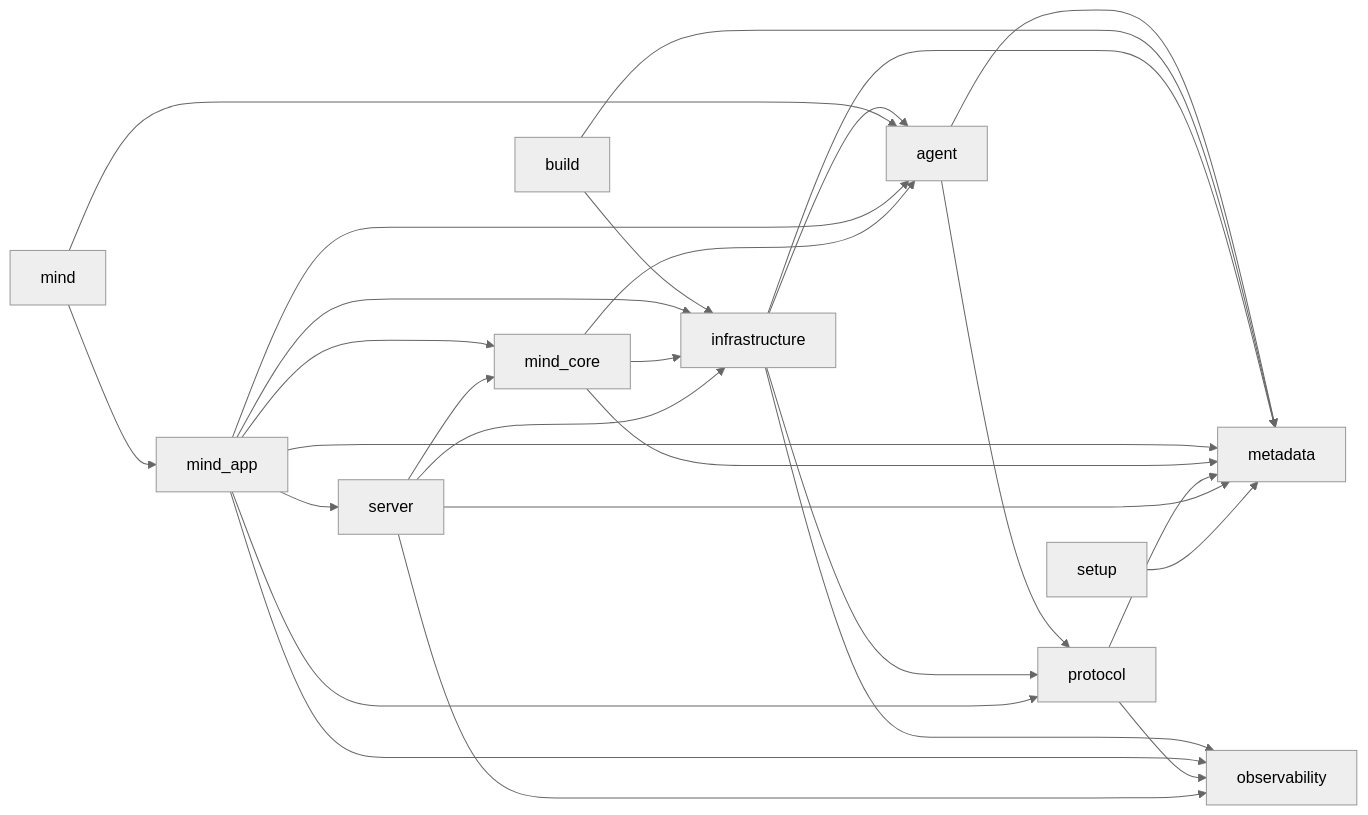
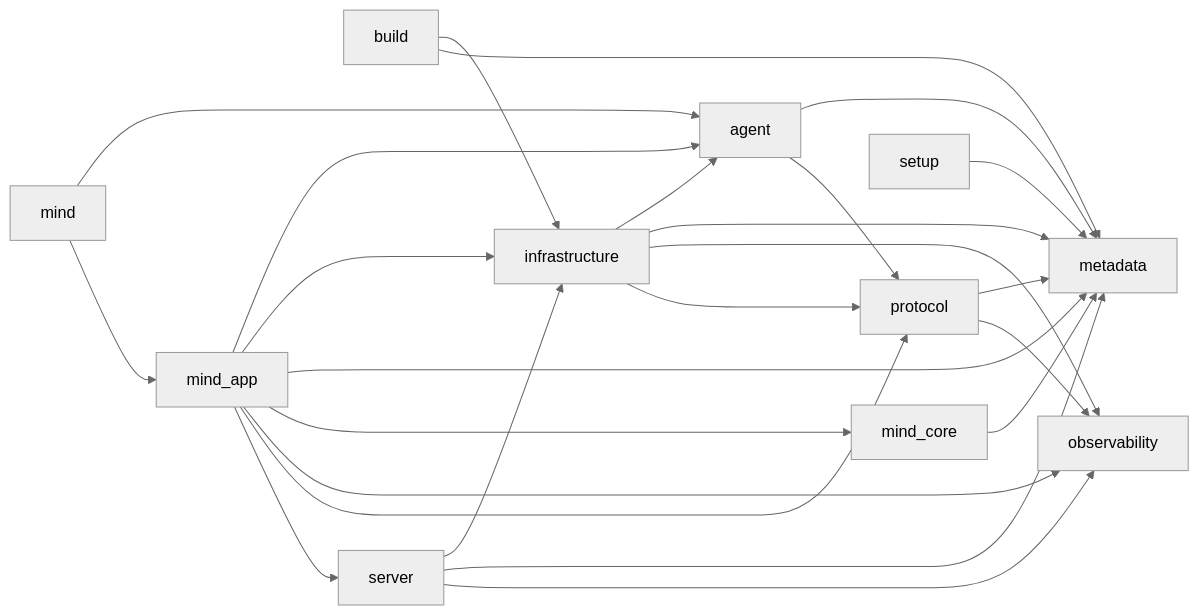
Before and after one commit to AxionixLabs/ProxyMind: the diagram in AGENT_RUNTIME_IMPORT_GRAPH.md, drawn with Mermaid (neutral theme). The commit also changed other lines of this file and 36 other files, not shown here.

````diff
--- a/AGENT_RUNTIME_IMPORT_GRAPH.md
+++ b/AGENT_RUNTIME_IMPORT_GRAPH.md
@@ -15,30 +15,27 @@
 ```mermaid
 flowchart LR
     agent --> metadata
     agent --> protocol
     build --> infrastructure
     build --> metadata
     infrastructure --> agent
     infrastructure --> metadata
     infrastructure --> observability
     infrastructure --> protocol
     mind --> agent
     mind --> mind_app
     mind_app --> agent
     mind_app --> infrastructure
     mind_app --> metadata
     mind_app --> mind_core
     mind_app --> observability
     mind_app --> protocol
     mind_app --> server
-    mind_core --> agent
-    mind_core --> infrastructure
     mind_core --> metadata
     protocol --> metadata
     protocol --> observability
     server --> infrastructure
     server --> metadata
-    server --> mind_core
     server --> observability
     setup --> metadata
 ```
````
